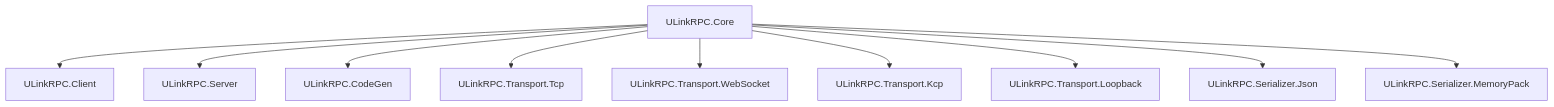
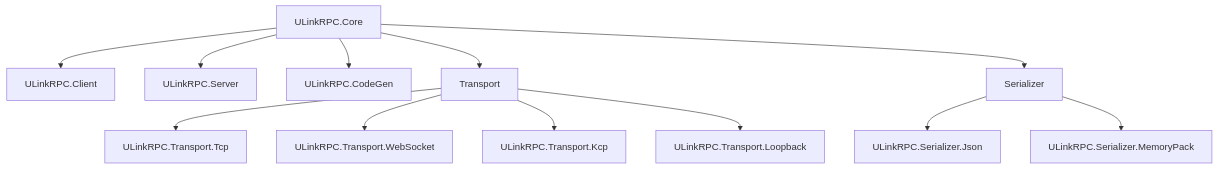
One commit to bruce48x/ULinkRPC changed the second of 2 diagrams in README.md. Above: the diagram before and after it, drawn with Mermaid. The commit also changed 6 other files, not shown here.

Commit message:
Update docs and enable Mermaid rendering in Hugo

````diff
--- a/README.md
+++ b/README.md
@@ -153,12 +153,14 @@
 ```mermaid
 flowchart TB
     Core["ULinkRPC.Core"] --> Client["ULinkRPC.Client"]
     Core --> Server["ULinkRPC.Server"]
     Core --> CodeGen["ULinkRPC.CodeGen"]
-    Core --> Tcp["ULinkRPC.Transport.Tcp"]
-    Core --> Ws["ULinkRPC.Transport.WebSocket"]
-    Core --> Kcp["ULinkRPC.Transport.Kcp"]
-    Core --> Loopback["ULinkRPC.Transport.Loopback"]
-    Core --> Json["ULinkRPC.Serializer.Json"]
-    Core --> MemoryPack["ULinkRPC.Serializer.MemoryPack"]
+    Core --> Transport
+    Core --> Serializer
+    Transport --> Tcp["ULinkRPC.Transport.Tcp"]
+    Transport --> Ws["ULinkRPC.Transport.WebSocket"]
+    Transport --> Kcp["ULinkRPC.Transport.Kcp"]
+    Transport --> Loopback["ULinkRPC.Transport.Loopback"]
+    Serializer --> Json["ULinkRPC.Serializer.Json"]
+    Serializer --> MemoryPack["ULinkRPC.Serializer.MemoryPack"]
 ```
````
